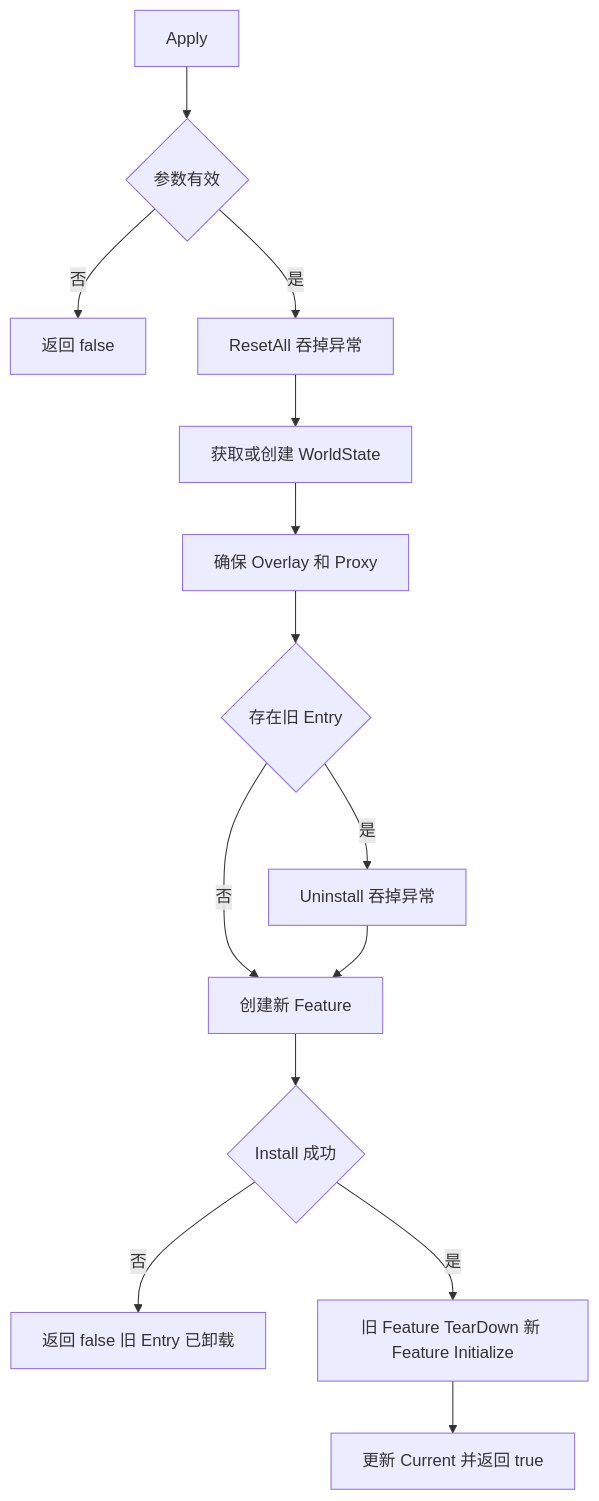
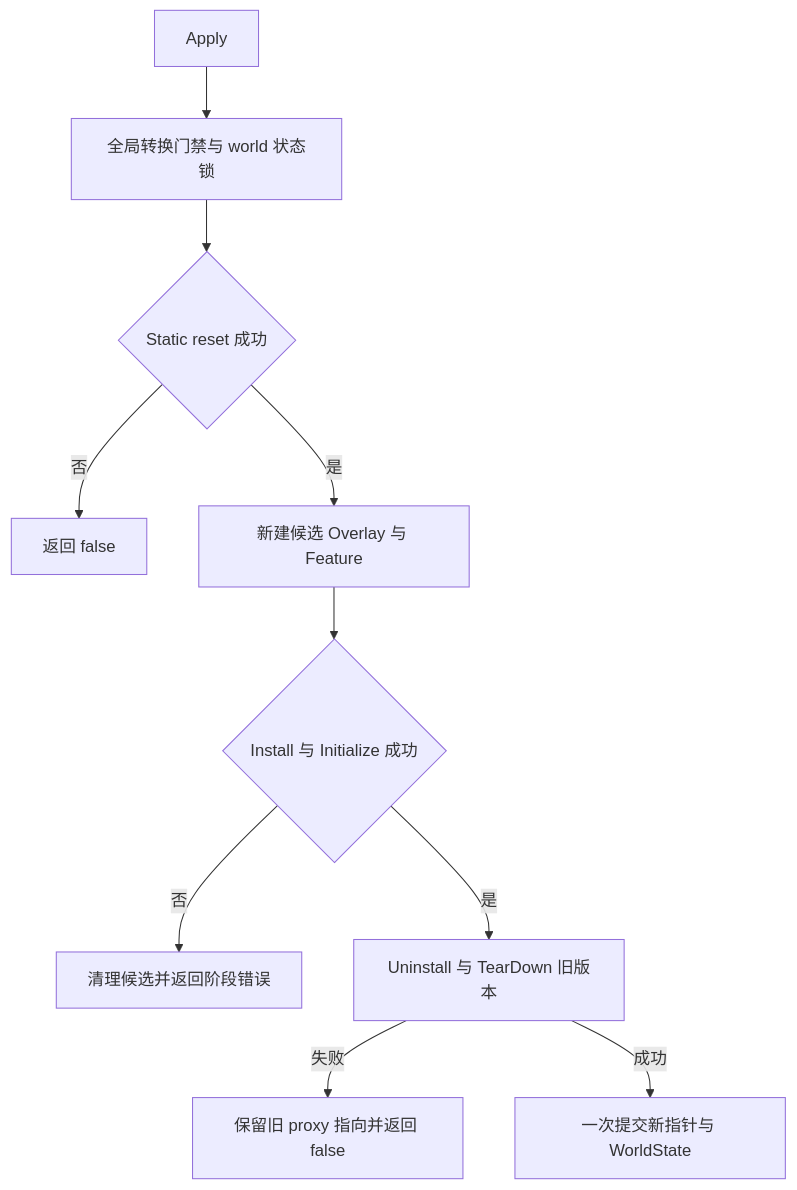
Before and after one commit to HOBOBO/AbilityKit: the third of 3 diagrams in Unity/Packages/com.abilitykit.hotreload/Document/HotReload热更新运行时模块开发设计文档.md, drawn with Mermaid. The commit also changed other lines of this file and 525 other files, not shown here.

````diff
--- a/Unity/Packages/com.abilitykit.hotreload/Document/HotReload热更新运行时模块开发设计文档.md
+++ b/Unity/Packages/com.abilitykit.hotreload/Document/HotReload热更新运行时模块开发设计文档.md
@@ -104,16 +106,12 @@
 ```mermaid
 flowchart TD
-    Start[Apply] --> Validate{参数有效}
-    Validate -->|否| FailArg[返回 false]
-    Validate -->|是| Reset[ResetAll 吞掉异常]
-    Reset --> State[获取或创建 WorldState]
-    State --> Ensure[确保 Overlay 和 Proxy]
-    Ensure --> Old{存在旧 Entry}
-    Old -->|是| Uninstall[Uninstall 吞掉异常]
-    Old -->|否| Build[创建新 Feature]
-    Uninstall --> Build
-    Build --> Install{Install 成功}
-    Install -->|否| Partial[返回 false 旧 Entry 已卸载]
-    Install -->|是| Swap[旧 Feature TearDown 新 Feature Initialize]
-    Swap --> Commit[更新 Current 并返回 true]
+    Start[Apply] --> Gate[全局转换门禁与 world 状态锁]
+    Gate --> Reset{Static reset 成功}
+    Reset -->|否| FailReset[返回 false]
+    Reset -->|是| Prepare[新建候选 Overlay 与 Feature]
+    Prepare --> Install{Install 与 Initialize 成功}
+    Install -->|否| CleanupCandidate[清理候选并返回阶段错误]
+    Install -->|是| Old[Uninstall 与 TearDown 旧版本]
+    Old -->|失败| KeepPointer[保留旧 proxy 指向并返回 false]
+    Old -->|成功| Commit[一次提交新指针与 WorldState]
 ```
````
